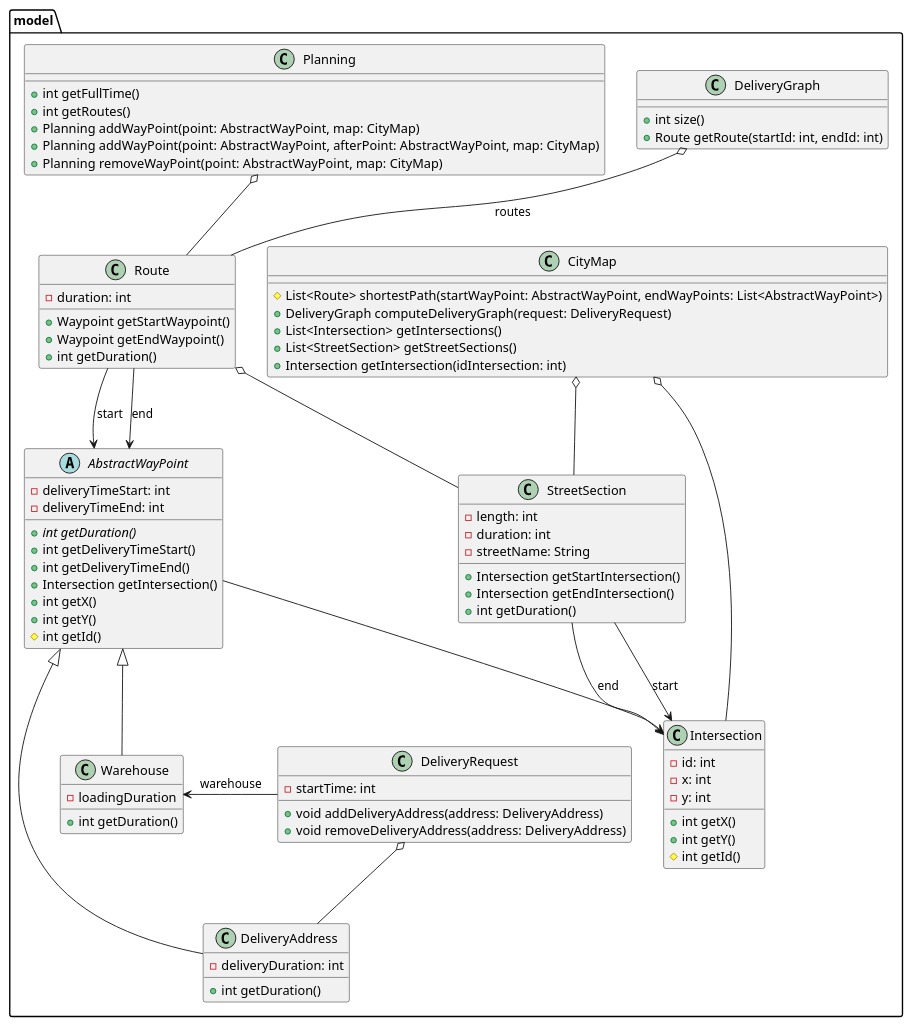
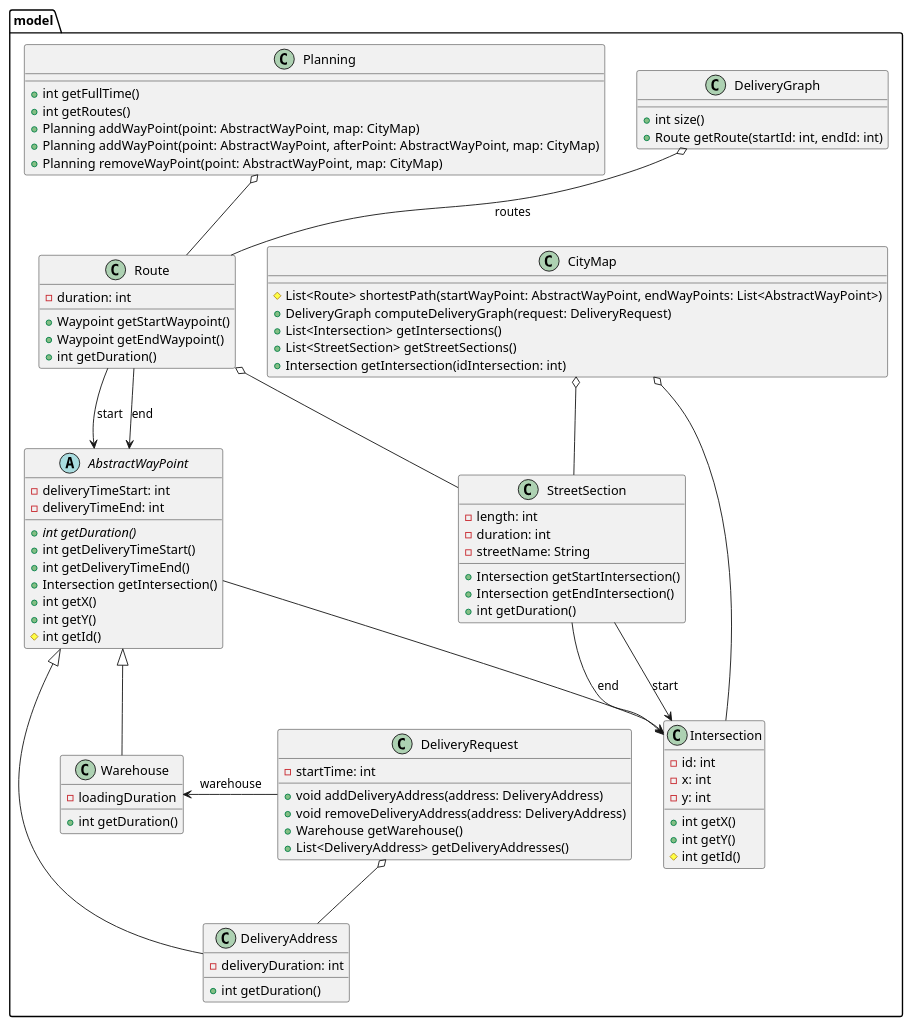
One commit to if-h4102/pld-agile changed the diagram in docs/uml/package.model.puml. Above: the diagram before and after it, drawn with PlantUML.

Commit message:
Updated model

```diff
--- a/docs/uml/package.model.puml
+++ b/docs/uml/package.model.puml
@@ -1,96 +1,98 @@
 @startuml
 
 package model {
     class CityMap {
        #List<Route> shortestPath(startWayPoint: AbstractWayPoint, endWayPoints: List<AbstractWayPoint>)
        +DeliveryGraph computeDeliveryGraph(request: DeliveryRequest)
        +List<Intersection> getIntersections()
        +List<StreetSection> getStreetSections()
        +Intersection getIntersection(idIntersection: int)
     }
 
     class DeliveryGraph {
         +int size()
         +Route getRoute(startId: int, endId: int)
     }
 
     class StreetSection {
         -length: int
         -duration: int
         -streetName: String
         +Intersection getStartIntersection()
         +Intersection getEndIntersection()
         +int getDuration()
     }
 
     class Intersection {
         -id: int
         -x: int
         -y: int
         +int getX()
         +int getY()
         #int getId()
     }
 
     abstract class AbstractWayPoint {
     	-deliveryTimeStart: int
     	-deliveryTimeEnd: int
     	+{abstract} int getDuration()
     	+int getDeliveryTimeStart()
     	+int getDeliveryTimeEnd()
     	+Intersection getIntersection()
     	+int getX()
     	+int getY()
     	#int getId()
     }
 
     class DeliveryAddress {
         -deliveryDuration: int
         +int getDuration()
     }
 
     class Warehouse {
         -loadingDuration
         +int getDuration()
     }
 
     class DeliveryRequest {
         -startTime: int
         +void addDeliveryAddress(address: DeliveryAddress)
         +void removeDeliveryAddress(address: DeliveryAddress)
+        +Warehouse getWarehouse()
+        +List<DeliveryAddress> getDeliveryAddresses()
     }
 
     class Planning {
         +int getFullTime()
         +int getRoutes()
         +Planning addWayPoint(point: AbstractWayPoint, map: CityMap)
         +Planning addWayPoint(point: AbstractWayPoint, afterPoint: AbstractWayPoint, map: CityMap)
         +Planning removeWayPoint(point: AbstractWayPoint, map: CityMap)
     }
 
     class Route {
         -duration: int
         +Waypoint getStartWaypoint()
         +Waypoint getEndWaypoint()
         +int getDuration()
     }
 
     CityMap o-- StreetSection
     CityMap o-- Intersection
     AbstractWayPoint --> Intersection
     StreetSection --> Intersection : end
     StreetSection --> Intersection : start
     Route o-- StreetSection
     Route --> AbstractWayPoint : end
     Route --> AbstractWayPoint : start
     AbstractWayPoint <|-- DeliveryAddress
     AbstractWayPoint <|-- Warehouse
     DeliveryRequest o-- DeliveryAddress
     DeliveryRequest -left-> Warehouse : warehouse
     DeliveryGraph o-- Route : routes
     Planning o-- Route
 }
 
 
 
 @enduml
```
